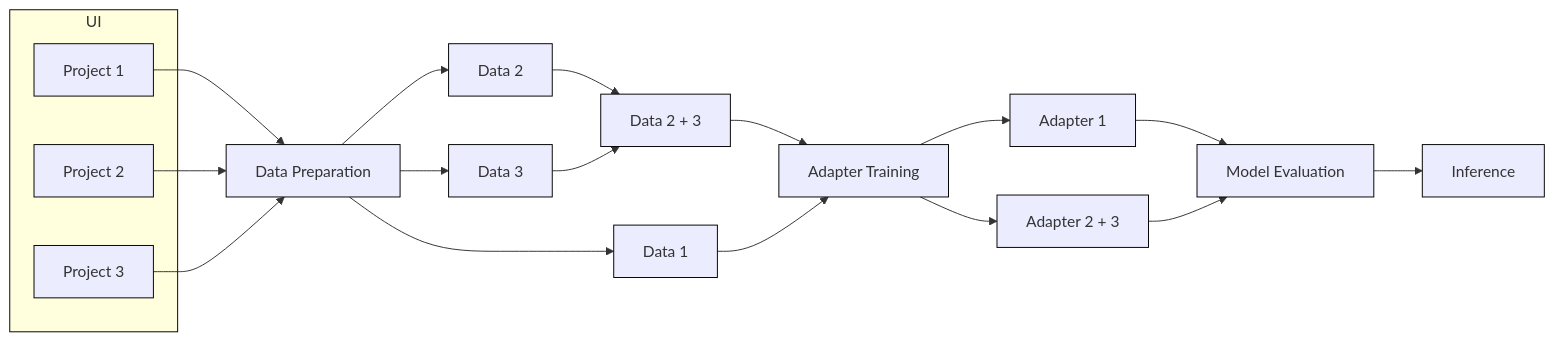
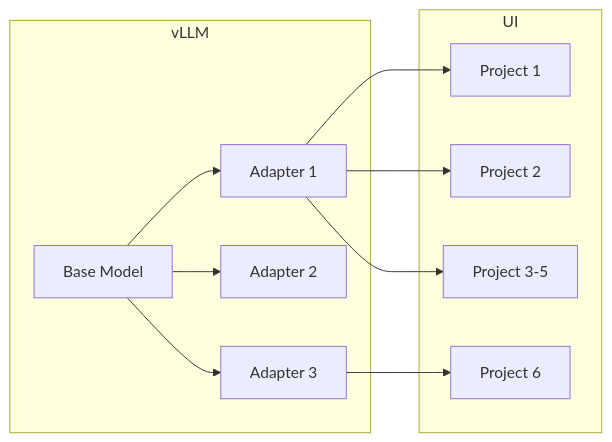
One commit to zalyoung/gitlab-handbook changed the second of 4 diagrams in content/handbook/engineering/architecture/design-documents/self_hosted_finetuning/_index.md. Above: the diagram before and after it, drawn with Mermaid. The commit also changed other lines of this file, not shown here.

````diff
--- a/content/handbook/engineering/architecture/design-documents/self_hosted_finetuning/_index.md
+++ b/content/handbook/engineering/architecture/design-documents/self_hosted_finetuning/_index.md
@@ -107,45 +145,25 @@
 ```mermaid
 flowchart LR
- subgraph s2["UI"]
- n5["Project 1"]
- n6["Project 2"]
- n7["Project 3"]
+ subgraph vllm["vLLM"]
+ base_model["Base Model"]
+ adapter1["Adapter 1"]
+ adapter2["Adapter 2"]
+ adapter3["Adapter 3"]
  end
- n8["Data Preparation"]
- n9["Data 1"]
- n10["Data 2"]
- n11["Data 3"]
- n12["Data 2 + 3"]
- n13["Adapter Training"]
- n14["Adapter 1"]
- n15["Adapter 2 + 3"]
- n16["Model Evaluation"]
- n17["Inference"]
- n5 --> n8
- n6 --> n8
- n7 --> n8
- n8 --> n9 & n10 & n11
- n10 --> n12
- n11 --> n12
- n12 --> n13
- n9 --> n13
- n13 --> n15 & n14
- n14 --> n16
- n15 --> n16
- n16 --> n17
+    
+ subgraph ui["UI"]
+ project1["Project 1"]
+ project2["Project 2"]
+ projects_345["Project 3-5"]
+ project6["Project 6"]
+ end
 
- style n5 stroke:#000000
- style n6 stroke:#000000
- style n7 stroke:#000000
- style n8 stroke:#000000
- style n9 stroke:#000000
- style n10 stroke:#000000
- style n11 stroke:#000000
- style n12 stroke:#000000
- style n13 stroke:#000000
- style n15 stroke:#000000
- style n14 stroke:#000000
- style n16 stroke:#000000
- style n17 stroke:#000000
- style s2 stroke:#000000
+ base_model --> adapter1
+ base_model --> adapter2
+ base_model --> adapter3
+ adapter1 --> project1
+ adapter1 --> project2
+ adapter1 --> projects_345
+ adapter3 --> project6
+
 ```
````
